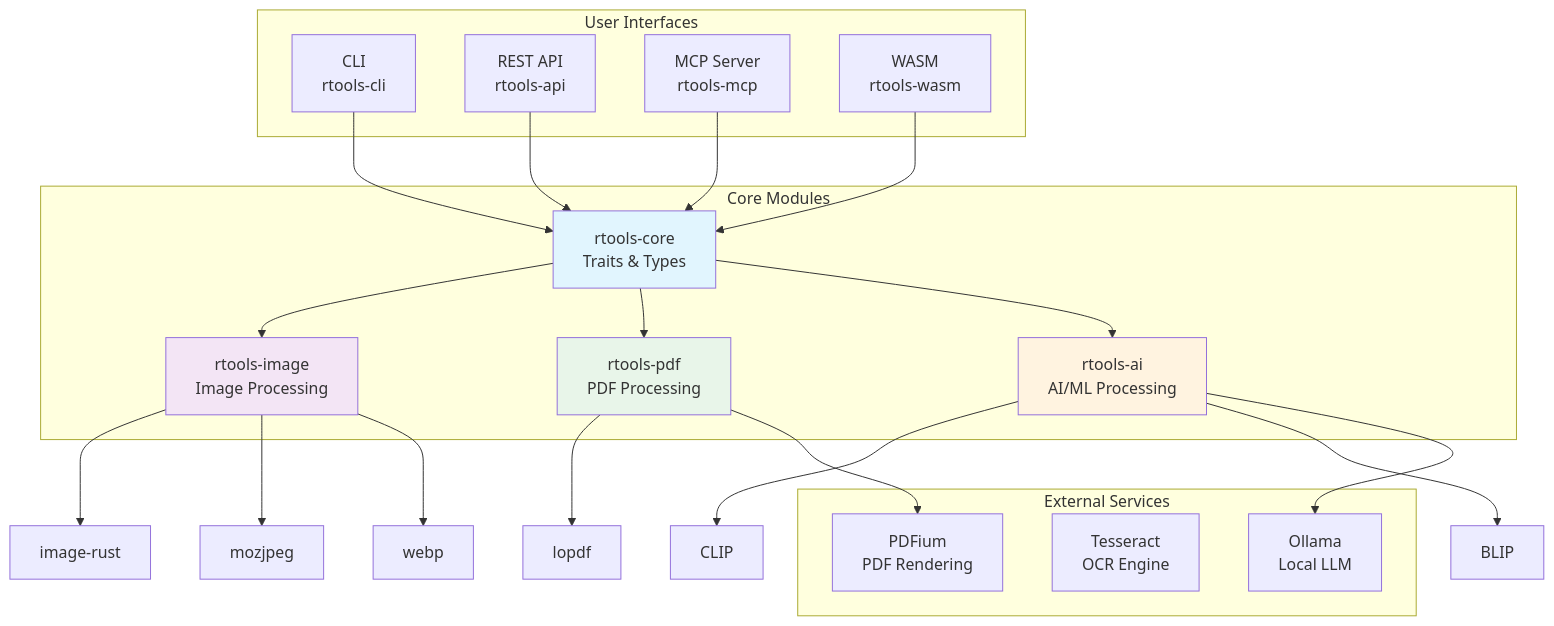
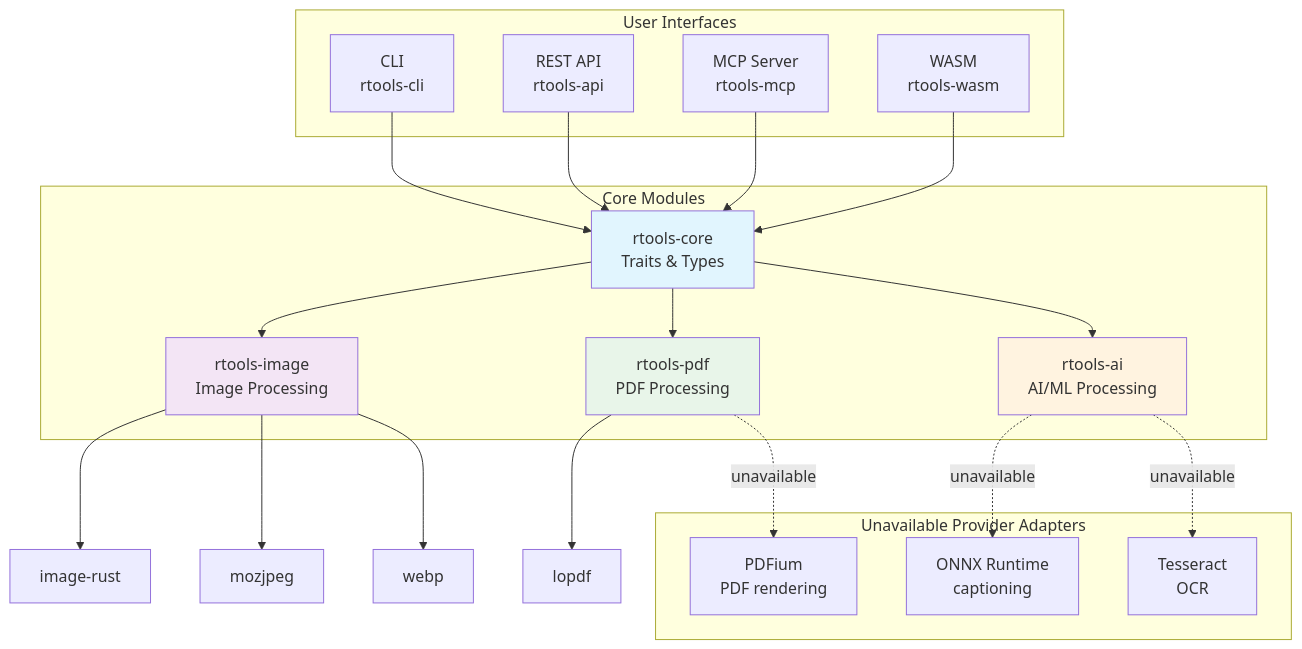
The first of 2 diagrams in README.md (antarikshkarmakar/rtools), drawn with Mermaid before and after one commit. The commit also changed other lines of this file and 10 other files, not shown here.

````diff
--- a/README.md
+++ b/README.md
@@ -55,47 +30,45 @@
 ```mermaid
 graph TB
     subgraph "User Interfaces"
         CLI[CLI<br/>rtools-cli]
         API[REST API<br/>rtools-api]
         MCP[MCP Server<br/>rtools-mcp]
         WASM[WASM<br/>rtools-wasm]
     end
 
     subgraph "Core Modules"
         CORE[rtools-core<br/>Traits & Types]
         IMG[rtools-image<br/>Image Processing]
         PDF[rtools-pdf<br/>PDF Processing]
         AI[rtools-ai<br/>AI/ML Processing]
     end
 
-    subgraph "External Services"
-        OLLAMA[Ollama<br/>Local LLM]
-        TESSERACT[Tesseract<br/>OCR Engine]
-        PDFIUM[PDFium<br/>PDF Rendering]
+    subgraph "Unavailable Provider Adapters"
+        ONNX[ONNX Runtime<br/>captioning]
+        TESSERACT[Tesseract<br/>OCR]
+        PDFIUM[PDFium<br/>PDF rendering]
     end
 
     CLI --> CORE
     API --> CORE
     MCP --> CORE
     WASM --> CORE
 
     CORE --> IMG
     CORE --> PDF
     CORE --> AI
 
     IMG --> IMAGE_RUST[image-rust]
     IMG --> MOZJPEG[mozjpeg]
     IMG --> WEBP[webp]
 
     PDF --> LOPDF[lopdf]
-    PDF --> PDFIUM
-
-    AI --> CLIP[CLIP]
-    AI --> BLIP[BLIP]
-    AI --> OLLAMA
+    PDF -. unavailable .-> PDFIUM
+    AI -. unavailable .-> ONNX
+    AI -. unavailable .-> TESSERACT
 
     style CORE fill:#e1f5fe
     style IMG fill:#f3e5f5
     style PDF fill:#e8f5e9
     style AI fill:#fff3e0
 ```
````
